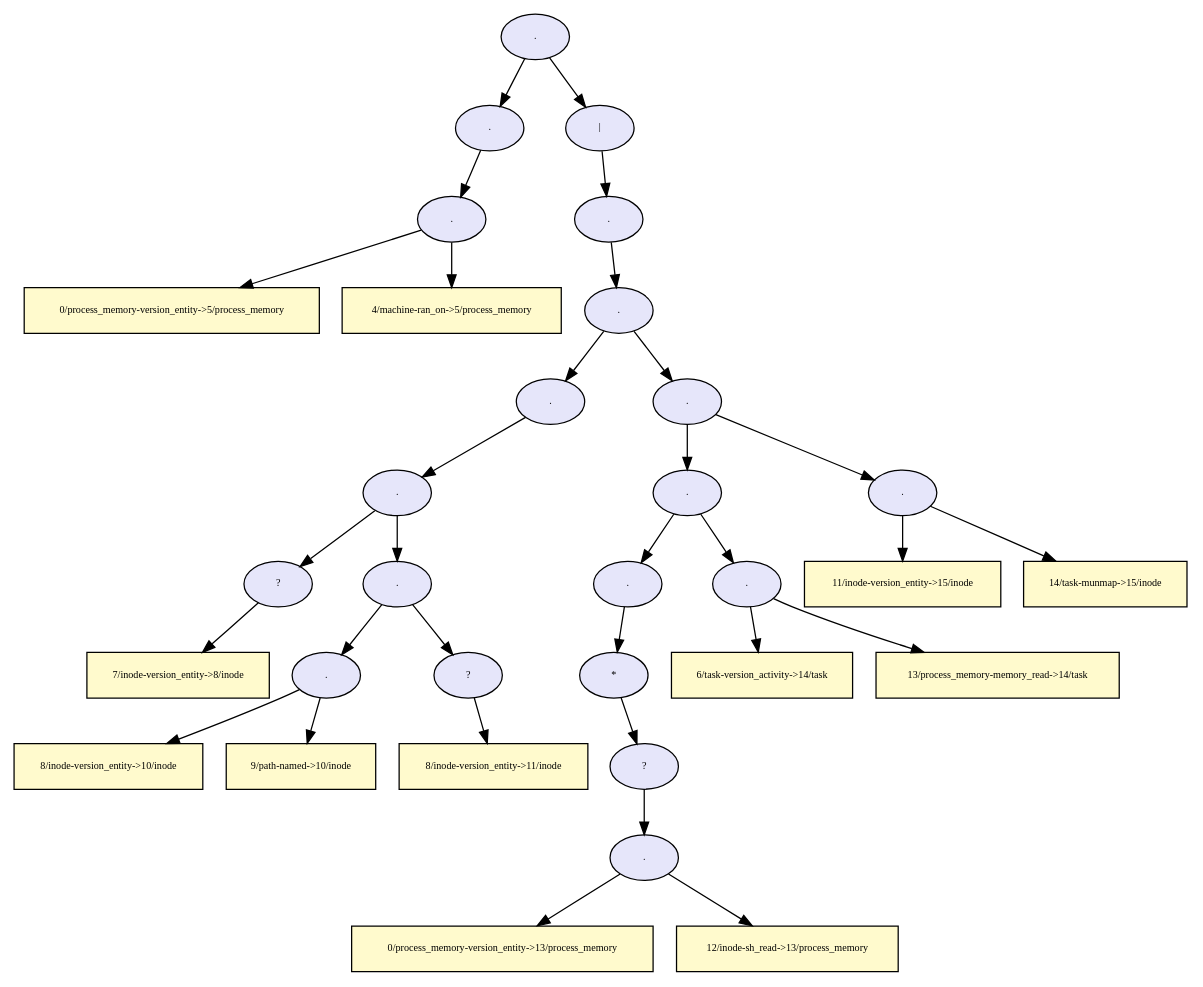
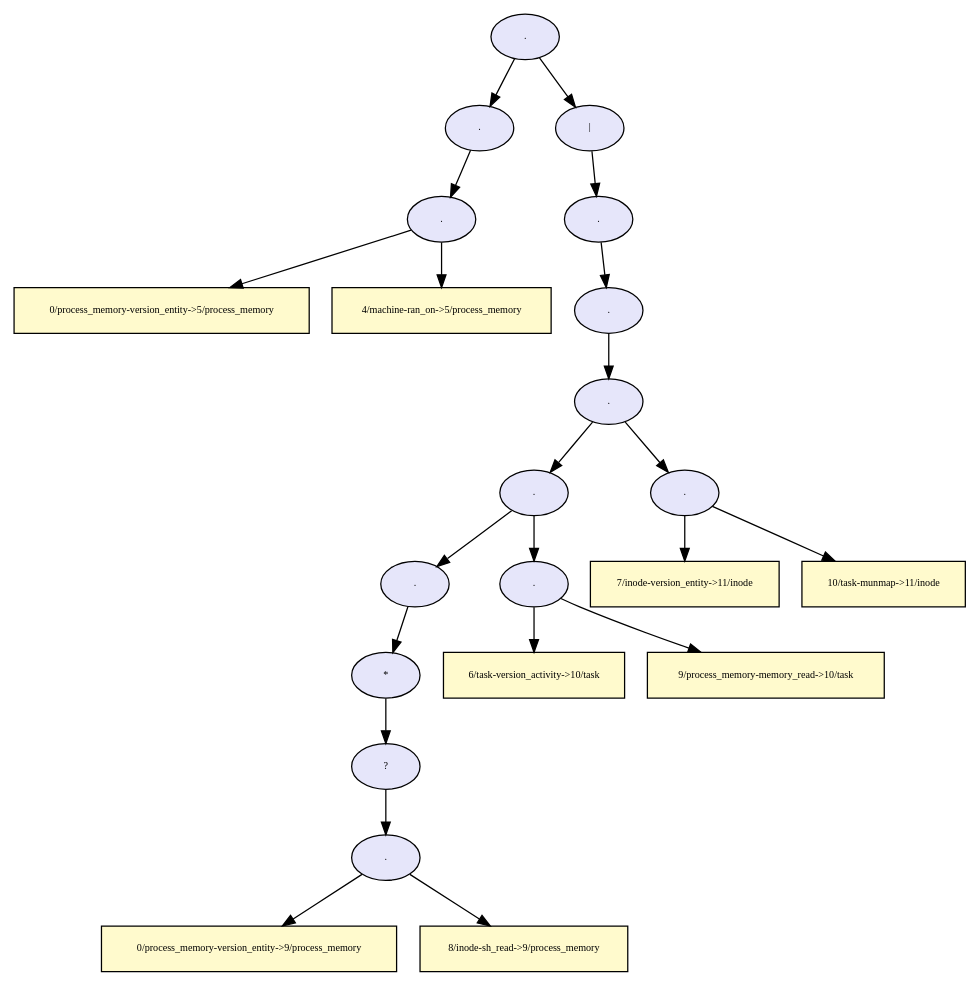
One commit to TinkerBellSystem/graph-matching changed the diagram in dot/provenance_mmap_munmap_tree.dot. Above: the diagram before and after it, drawn with Graphviz. The commit also changed 5 other files, not shown here.

```diff
--- a/dot/provenance_mmap_munmap_tree.dot
+++ b/dot/provenance_mmap_munmap_tree.dot
@@ -1,127 +1,87 @@
-digraph RGL__DirectedAdjacencyGraph {34[fontsize = 8,label = ".",shape = ellipse, fillcolor="#e6e6fa", style = filled]
+digraph RGL__DirectedAdjacencyGraph {24[fontsize = 8,label = ".",shape = ellipse, fillcolor="#e6e6fa", style = filled]
 
-34 -> 6[fontsize = 8, color="#000000"]
+24 -> 6[fontsize = 8, color="#000000"]
 
 6[fontsize = 8,label = ".",shape = ellipse, fillcolor="#e6e6fa", style = filled]
 
 6 -> 5[fontsize = 8, color="#000000"]
 
 5[fontsize = 8,label = ".",shape = ellipse, fillcolor="#e6e6fa", style = filled]
 
 5 -> 3[fontsize = 8, color="#000000"]
 
 3[fontsize = 8,label = "0/process_memory-version_entity->5/process_memory",shape = rectangle, fillcolor="#fffacd", style = filled]
 
 5 -> 4[fontsize = 8, color="#000000"]
 
 4[fontsize = 8,label = "4/machine-ran_on->5/process_memory",shape = rectangle, fillcolor="#fffacd", style = filled]
 
-34 -> 33[fontsize = 8, color="#000000"]
+24 -> 23[fontsize = 8, color="#000000"]
 
-33[fontsize = 8,label = "|",shape = ellipse, fillcolor="#e6e6fa", style = filled]
+23[fontsize = 8,label = "|",shape = ellipse, fillcolor="#e6e6fa", style = filled]
 
-33 -> 32[fontsize = 8, color="#000000"]
+23 -> 22[fontsize = 8, color="#000000"]
 
-32[fontsize = 8,label = ".",shape = ellipse, fillcolor="#e6e6fa", style = filled]
+22[fontsize = 8,label = ".",shape = ellipse, fillcolor="#e6e6fa", style = filled]
 
-32 -> 31[fontsize = 8, color="#000000"]
+22 -> 21[fontsize = 8, color="#000000"]
 
-31[fontsize = 8,label = ".",shape = ellipse, fillcolor="#e6e6fa", style = filled]
+21[fontsize = 8,label = ".",shape = ellipse, fillcolor="#e6e6fa", style = filled]
 
-31 -> 16[fontsize = 8, color="#000000"]
+21 -> 20[fontsize = 8, color="#000000"]
+
+20[fontsize = 8,label = ".",shape = ellipse, fillcolor="#e6e6fa", style = filled]
+
+20 -> 16[fontsize = 8, color="#000000"]
 
 16[fontsize = 8,label = ".",shape = ellipse, fillcolor="#e6e6fa", style = filled]
+
+16 -> 12[fontsize = 8, color="#000000"]
+
+12[fontsize = 8,label = ".",shape = ellipse, fillcolor="#e6e6fa", style = filled]
+
+12 -> 11[fontsize = 8, color="#000000"]
+
+11[fontsize = 8,label = "*",shape = ellipse, fillcolor="#e6e6fa", style = filled]
+
+11 -> 10[fontsize = 8, color="#000000"]
+
+10[fontsize = 8,label = "?",shape = ellipse, fillcolor="#e6e6fa", style = filled]
+
+10 -> 9[fontsize = 8, color="#000000"]
+
+9[fontsize = 8,label = ".",shape = ellipse, fillcolor="#e6e6fa", style = filled]
+
+9 -> 7[fontsize = 8, color="#000000"]
+
+7[fontsize = 8,label = "0/process_memory-version_entity->9/process_memory",shape = rectangle, fillcolor="#fffacd", style = filled]
+
+9 -> 8[fontsize = 8, color="#000000"]
+
+8[fontsize = 8,label = "8/inode-sh_read->9/process_memory",shape = rectangle, fillcolor="#fffacd", style = filled]
 
 16 -> 15[fontsize = 8, color="#000000"]
 
 15[fontsize = 8,label = ".",shape = ellipse, fillcolor="#e6e6fa", style = filled]
 
-15 -> 8[fontsize = 8, color="#000000"]
+15 -> 13[fontsize = 8, color="#000000"]
 
-8[fontsize = 8,label = "?",shape = ellipse, fillcolor="#e6e6fa", style = filled]
-
-8 -> 7[fontsize = 8, color="#000000"]
-
-7[fontsize = 8,label = "7/inode-version_entity->8/inode",shape = rectangle, fillcolor="#fffacd", style = filled]
+13[fontsize = 8,label = "6/task-version_activity->10/task",shape = rectangle, fillcolor="#fffacd", style = filled]
 
 15 -> 14[fontsize = 8, color="#000000"]
 
-14[fontsize = 8,label = ".",shape = ellipse, fillcolor="#e6e6fa", style = filled]
-
-14 -> 11[fontsize = 8, color="#000000"]
-
-11[fontsize = 8,label = ".",shape = ellipse, fillcolor="#e6e6fa", style = filled]
-
-11 -> 9[fontsize = 8, color="#000000"]
-
-9[fontsize = 8,label = "8/inode-version_entity->10/inode",shape = rectangle, fillcolor="#fffacd", style = filled]
-
-11 -> 10[fontsize = 8, color="#000000"]
-
-10[fontsize = 8,label = "9/path-named->10/inode",shape = rectangle, fillcolor="#fffacd", style = filled]
-
-14 -> 13[fontsize = 8, color="#000000"]
-
-13[fontsize = 8,label = "?",shape = ellipse, fillcolor="#e6e6fa", style = filled]
-
-13 -> 12[fontsize = 8, color="#000000"]
-
-12[fontsize = 8,label = "8/inode-version_entity->11/inode",shape = rectangle, fillcolor="#fffacd", style = filled]
-
-31 -> 30[fontsize = 8, color="#000000"]
-
-30[fontsize = 8,label = ".",shape = ellipse, fillcolor="#e6e6fa", style = filled]
-
-30 -> 26[fontsize = 8, color="#000000"]
-
-26[fontsize = 8,label = ".",shape = ellipse, fillcolor="#e6e6fa", style = filled]
-
-26 -> 22[fontsize = 8, color="#000000"]
-
-22[fontsize = 8,label = ".",shape = ellipse, fillcolor="#e6e6fa", style = filled]
-
-22 -> 21[fontsize = 8, color="#000000"]
-
-21[fontsize = 8,label = "*",shape = ellipse, fillcolor="#e6e6fa", style = filled]
-
-21 -> 20[fontsize = 8, color="#000000"]
-
-20[fontsize = 8,label = "?",shape = ellipse, fillcolor="#e6e6fa", style = filled]
+14[fontsize = 8,label = "9/process_memory-memory_read->10/task",shape = rectangle, fillcolor="#fffacd", style = filled]
 
 20 -> 19[fontsize = 8, color="#000000"]
 
 19[fontsize = 8,label = ".",shape = ellipse, fillcolor="#e6e6fa", style = filled]
 
 19 -> 17[fontsize = 8, color="#000000"]
 
-17[fontsize = 8,label = "0/process_memory-version_entity->13/process_memory",shape = rectangle, fillcolor="#fffacd", style = filled]
+17[fontsize = 8,label = "7/inode-version_entity->11/inode",shape = rectangle, fillcolor="#fffacd", style = filled]
 
 19 -> 18[fontsize = 8, color="#000000"]
 
-18[fontsize = 8,label = "12/inode-sh_read->13/process_memory",shape = rectangle, fillcolor="#fffacd", style = filled]
-
-26 -> 25[fontsize = 8, color="#000000"]
-
-25[fontsize = 8,label = ".",shape = ellipse, fillcolor="#e6e6fa", style = filled]
-
-25 -> 23[fontsize = 8, color="#000000"]
-
-23[fontsize = 8,label = "6/task-version_activity->14/task",shape = rectangle, fillcolor="#fffacd", style = filled]
-
-25 -> 24[fontsize = 8, color="#000000"]
-
-24[fontsize = 8,label = "13/process_memory-memory_read->14/task",shape = rectangle, fillcolor="#fffacd", style = filled]
-
-30 -> 29[fontsize = 8, color="#000000"]
-
-29[fontsize = 8,label = ".",shape = ellipse, fillcolor="#e6e6fa", style = filled]
-
-29 -> 27[fontsize = 8, color="#000000"]
-
-27[fontsize = 8,label = "11/inode-version_entity->15/inode",shape = rectangle, fillcolor="#fffacd", style = filled]
-
-29 -> 28[fontsize = 8, color="#000000"]
-
-28[fontsize = 8,label = "14/task-munmap->15/inode",shape = rectangle, fillcolor="#fffacd", style = filled]
+18[fontsize = 8,label = "10/task-munmap->11/inode",shape = rectangle, fillcolor="#fffacd", style = filled]
 
 }
```
